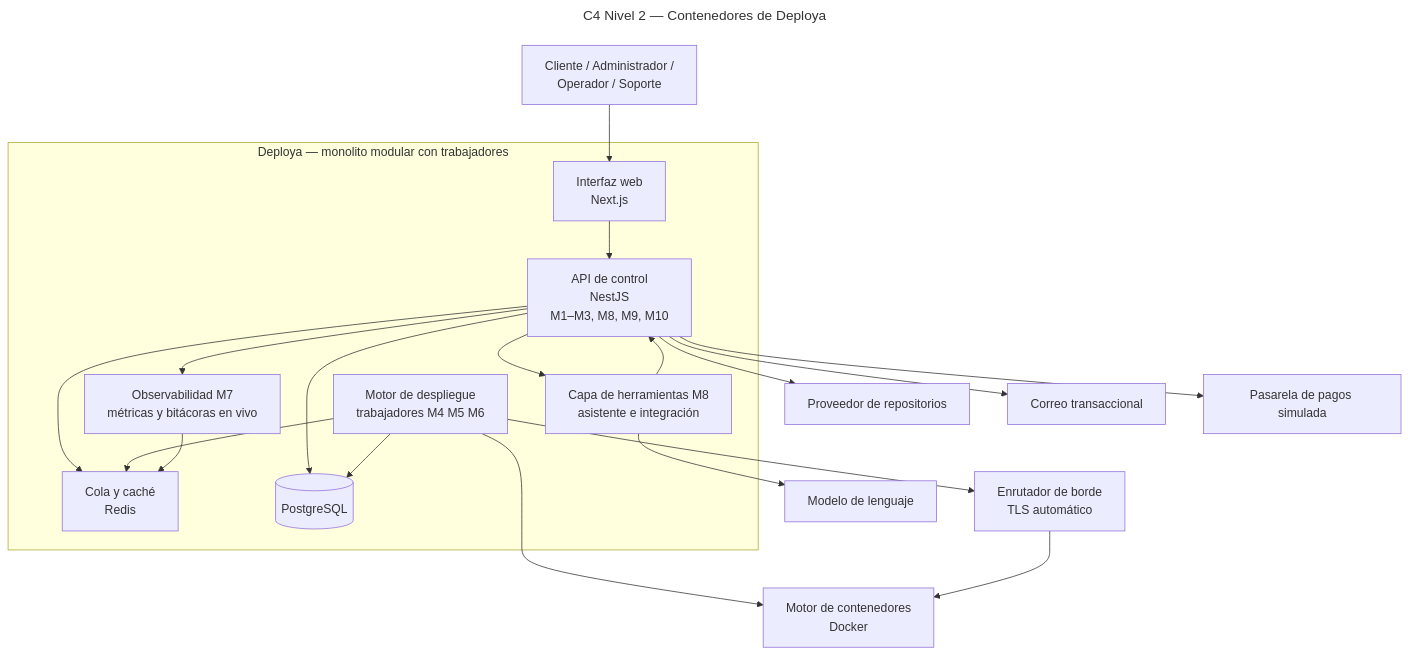
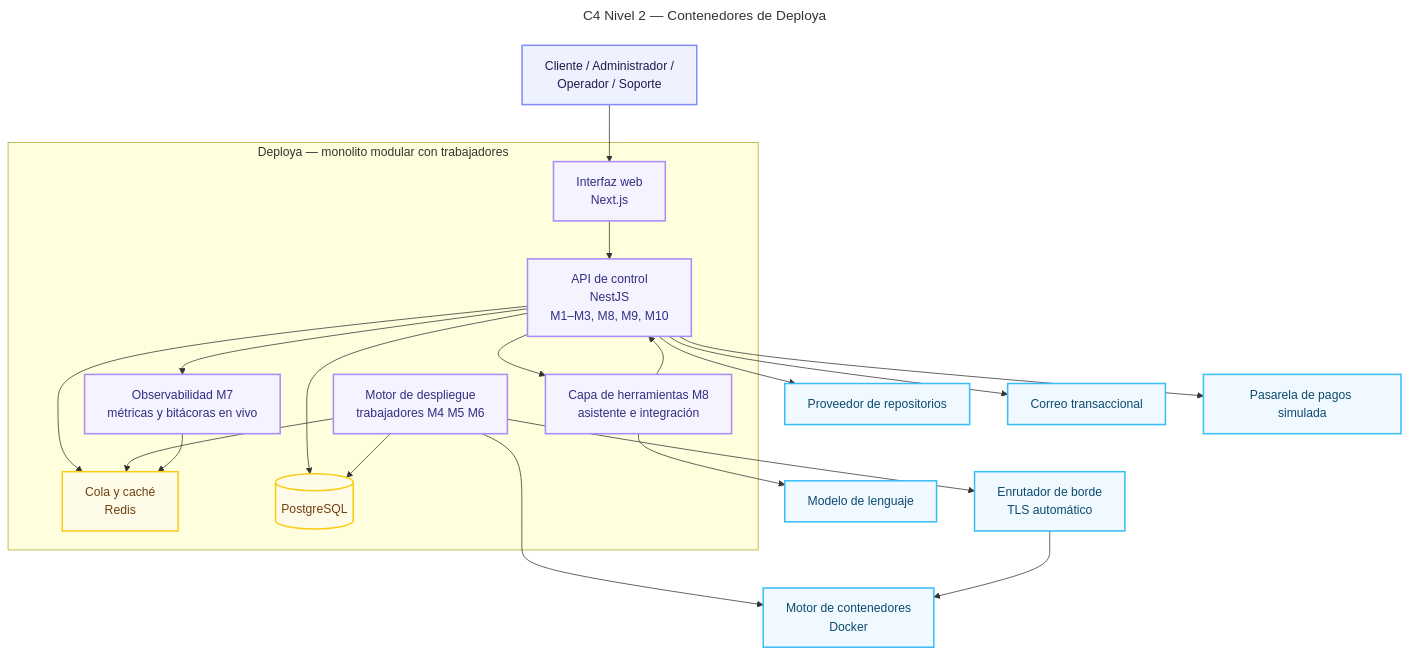
The second of 2 diagrams in docs/arquitectura.md (derekCmorales/deploya), drawn with Mermaid before and after one commit. The commit also changed other lines of this file and 39 other files, not shown here.

````diff
--- a/docs/arquitectura.md
+++ b/docs/arquitectura.md
@@ -79,42 +88,51 @@
 ```mermaid
 ---
 title: C4 Nivel 2 — Contenedores de Deploya
 ---
 flowchart TB
     CLIENTE["Cliente / Administrador /<br/>Operador / Soporte"]
 
     subgraph DEPLOYA["Deploya — monolito modular con trabajadores"]
         WEB["Interfaz web<br/>Next.js"]
         API["API de control<br/>NestJS<br/>M1–M3, M8, M9, M10"]
         MOTOR["Motor de despliegue<br/>trabajadores M4 M5 M6"]
         HERR["Capa de herramientas M8<br/>asistente e integración"]
         OBS["Observabilidad M7<br/>métricas y bitácoras en vivo"]
         COLA["Cola y caché<br/>Redis"]
         BD[("PostgreSQL")]
     end
 
     NUBE["Motor de contenedores<br/>Docker"]
     EDGE["Enrutador de borde<br/>TLS automático"]
     GIT["Proveedor de repositorios"]
     CORREO["Correo transaccional"]
     PAGOS["Pasarela de pagos simulada"]
     LLM["Modelo de lenguaje"]
 
     CLIENTE --> WEB
     WEB --> API
     API --> BD
     API --> COLA
     API --> HERR
     API --> OBS
     MOTOR --> COLA
     MOTOR --> BD
     MOTOR --> NUBE
     MOTOR --> EDGE
     OBS --> COLA
     HERR --> API
     HERR --> LLM
     API --> CORREO
     API --> PAGOS
     API --> GIT
     EDGE --> NUBE
+
+    classDef persona fill:#eef2ff,stroke:#818cf8,stroke-width:2px,color:#1e1b4b
+    classDef app fill:#f5f3ff,stroke:#a78bfa,stroke-width:2px,color:#312e81
+    classDef data fill:#fefce8,stroke:#facc15,stroke-width:2px,color:#713f12
+    classDef ext fill:#f0f9ff,stroke:#38bdf8,stroke-width:2px,color:#0c4a6e
+    class CLIENTE persona
+    class WEB,API,MOTOR,HERR,OBS app
+    class COLA,BD data
+    class NUBE,EDGE,GIT,CORREO,PAGOS,LLM ext
 ```
````
